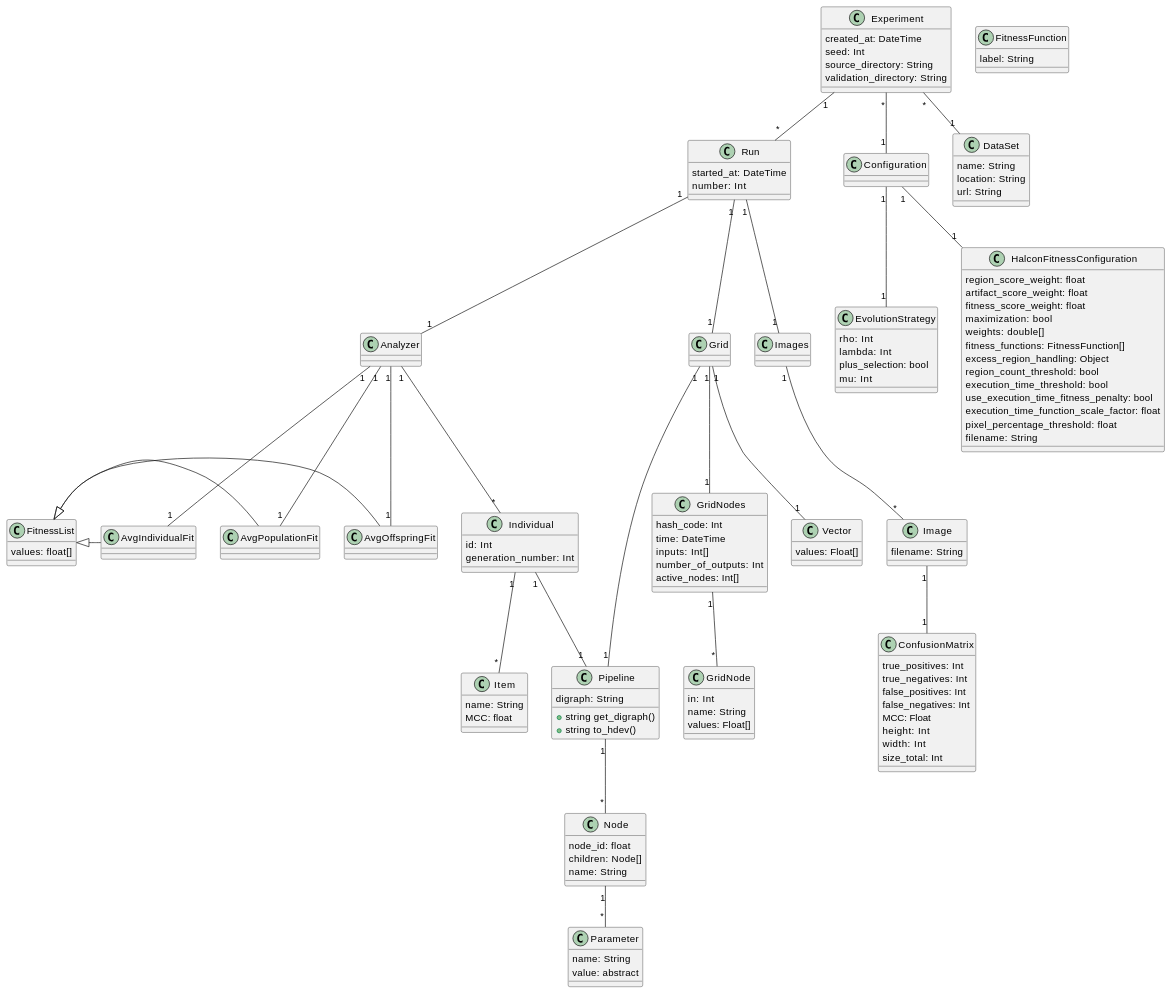
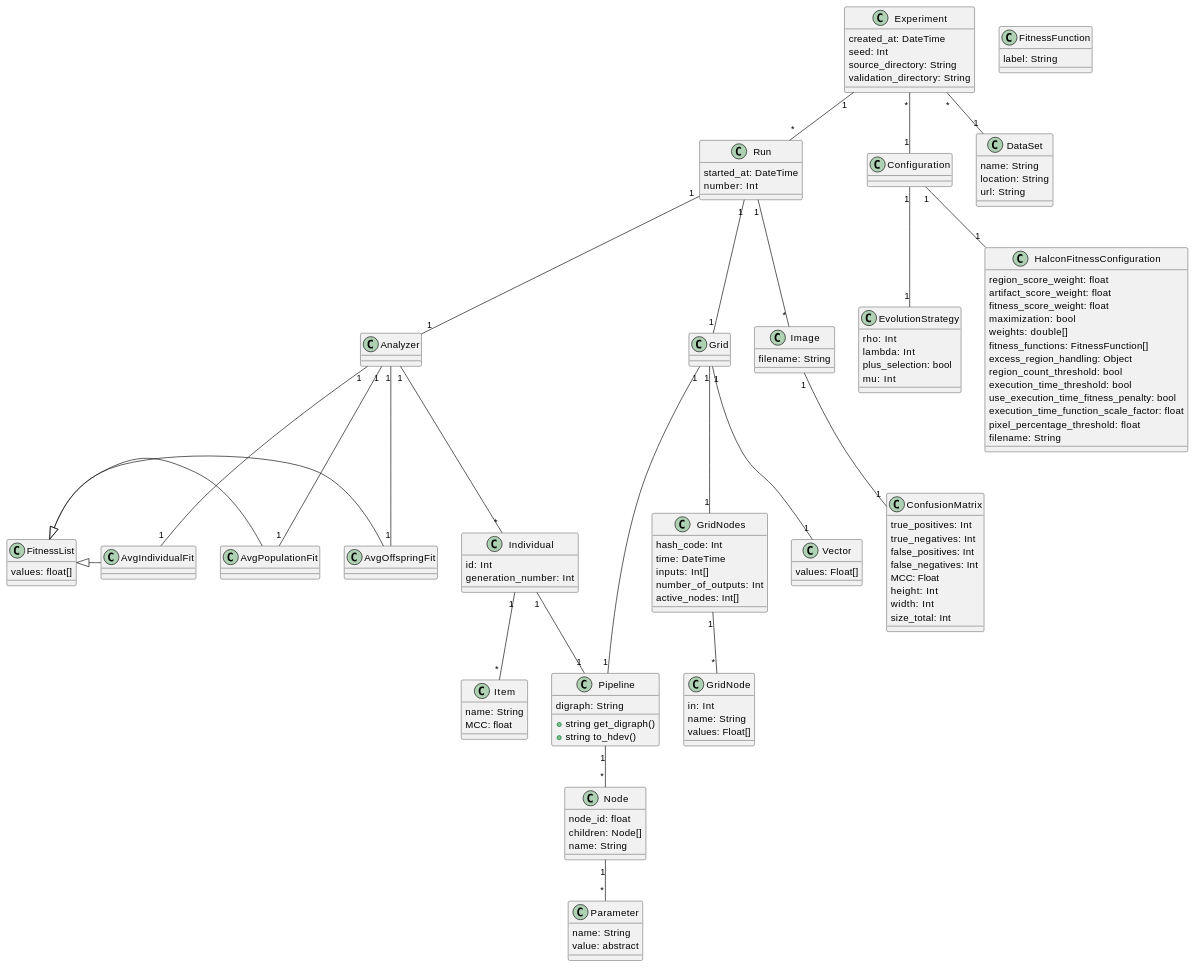
One commit to anmarchio/experiments changed the diagram in diagrams/DataModel.md. Above: the diagram before and after it, drawn with PlantUML.

````diff
--- a/diagrams/DataModel.md
+++ b/diagrams/DataModel.md
@@ -105,7 +105,6 @@
   values: Float[]
 }
 
-class Images
 class Image {
   filename: String
 }
@@ -148,7 +147,6 @@
 Pipeline "1" -- "*" Node
 Node "1" -- "*" Parameter
 
-Run "1" -- "1" Images
-Images "1" -- "*" Image
+Run "1" -- "*" Image
 Image "1" -- "1" ConfusionMatrix
 ```
````
